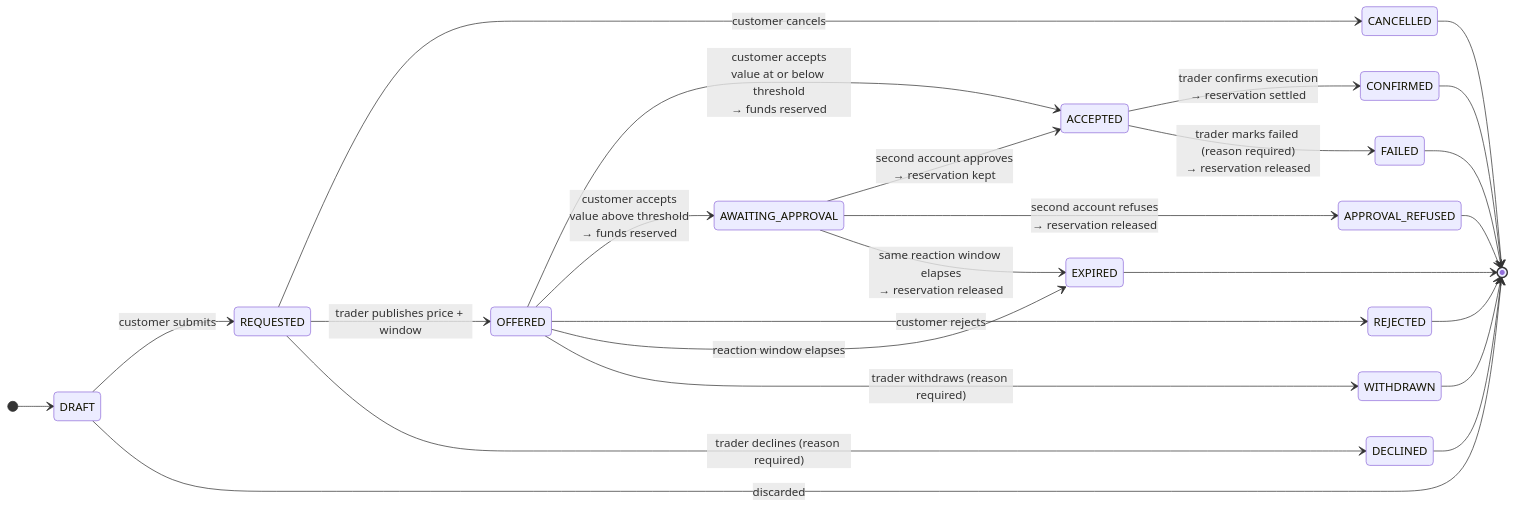
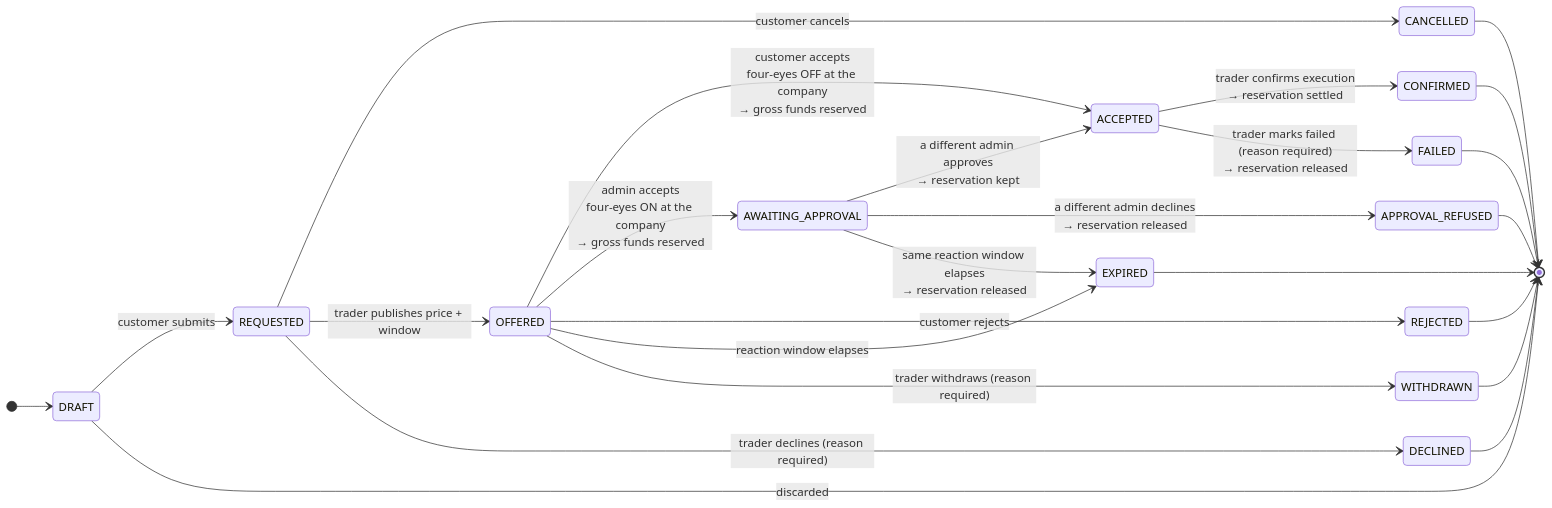
One commit to lukastosic-ifd/peakpowerspecs changed the second of 4 diagrams in specs/10-features/F05-energy-block-trading.md. Above: the diagram before and after it, drawn with Mermaid. The commit also changed other lines of this file and 66 other files, not shown here.

````diff
--- a/specs/10-features/F05-energy-block-trading.md
+++ b/specs/10-features/F05-energy-block-trading.md
@@ -83,34 +97,34 @@
 ```mermaid
 stateDiagram-v2
     direction LR
     [*] --> DRAFT
 
     DRAFT --> REQUESTED: customer submits
     DRAFT --> [*]: discarded
 
     REQUESTED --> CANCELLED: customer cancels
     REQUESTED --> OFFERED: trader publishes price + window
     REQUESTED --> DECLINED: trader declines (reason required)
 
-    OFFERED --> ACCEPTED: customer accepts<br/>value at or below threshold<br/>→ funds reserved
-    OFFERED --> AWAITING_APPROVAL: customer accepts<br/>value above threshold<br/>→ funds reserved
+    OFFERED --> ACCEPTED: customer accepts<br/>four-eyes OFF at the company<br/>→ gross funds reserved
+    OFFERED --> AWAITING_APPROVAL: admin accepts<br/>four-eyes ON at the company<br/>→ gross funds reserved
     OFFERED --> REJECTED: customer rejects
     OFFERED --> EXPIRED: reaction window elapses
     OFFERED --> WITHDRAWN: trader withdraws (reason required)
 
-    AWAITING_APPROVAL --> ACCEPTED: second account approves<br/>→ reservation kept
-    AWAITING_APPROVAL --> APPROVAL_REFUSED: second account refuses<br/>→ reservation released
+    AWAITING_APPROVAL --> ACCEPTED: a different admin approves<br/>→ reservation kept
+    AWAITING_APPROVAL --> APPROVAL_REFUSED: a different admin declines<br/>→ reservation released
     AWAITING_APPROVAL --> EXPIRED: same reaction window elapses<br/>→ reservation released
 
     ACCEPTED --> CONFIRMED: trader confirms execution<br/>→ reservation settled
     ACCEPTED --> FAILED: trader marks failed (reason required)<br/>→ reservation released
 
     CONFIRMED --> [*]
     CANCELLED --> [*]
     DECLINED --> [*]
     REJECTED --> [*]
     EXPIRED --> [*]
     WITHDRAWN --> [*]
     FAILED --> [*]
     APPROVAL_REFUSED --> [*]
 ```
````
